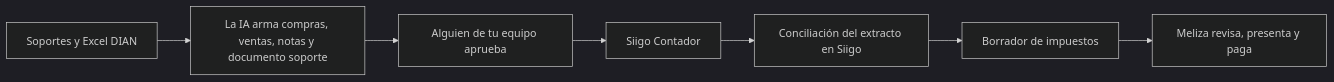
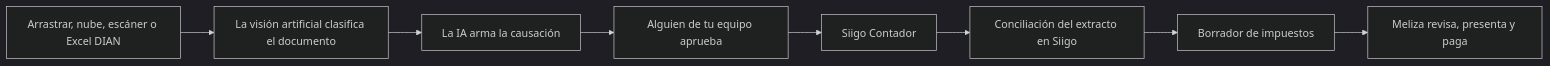
One commit to Webby-COL/meliza-cierre-mensual changed the second of 2 diagrams in para_meliza.md. Above: the diagram before and after it, drawn with Mermaid (dark theme). The commit also changed other lines of this file and 1 other file, not shown here.

Commit message:
Incluye arrastrar, nube, visión artificial y escáner en la causación.

````diff
--- a/para_meliza.md
+++ b/para_meliza.md
@@ -46,9 +46,10 @@
 ```mermaid
 flowchart LR
-    A["Soportes y Excel DIAN"] --> B["La IA arma compras, ventas, notas y documento soporte"]
-    B --> C["Alguien de tu equipo aprueba"]
-    C --> D["Siigo Contador"]
-    D --> E["Conciliación del extracto en Siigo"]
-    E --> F["Borrador de impuestos"]
-    F --> G["Meliza revisa, presenta y paga"]
+    A["Arrastrar, nube, escáner o Excel DIAN"] --> B["La visión artificial clasifica el documento"]
+    B --> C["La IA arma la causación"]
+    C --> D["Alguien de tu equipo aprueba"]
+    D --> E["Siigo Contador"]
+    E --> F["Conciliación del extracto en Siigo"]
+    F --> G["Borrador de impuestos"]
+    G --> H["Meliza revisa, presenta y paga"]
 ```
````
